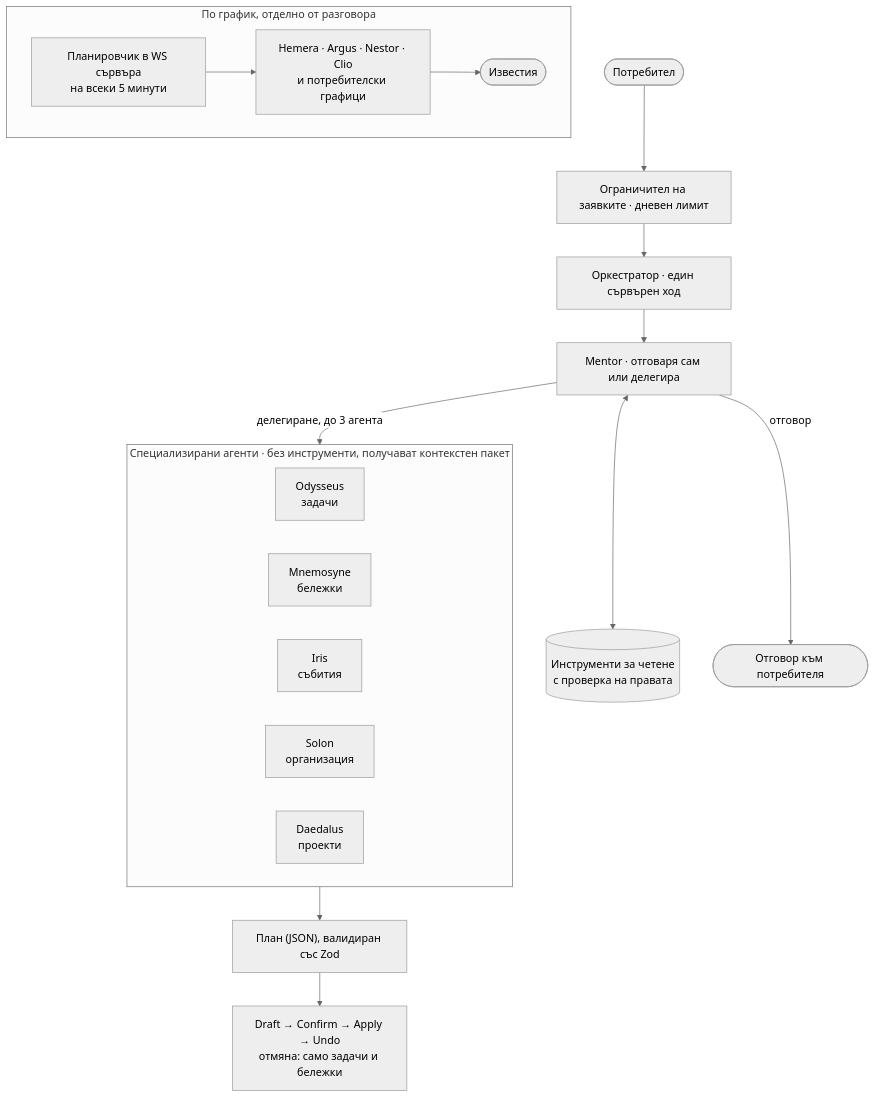
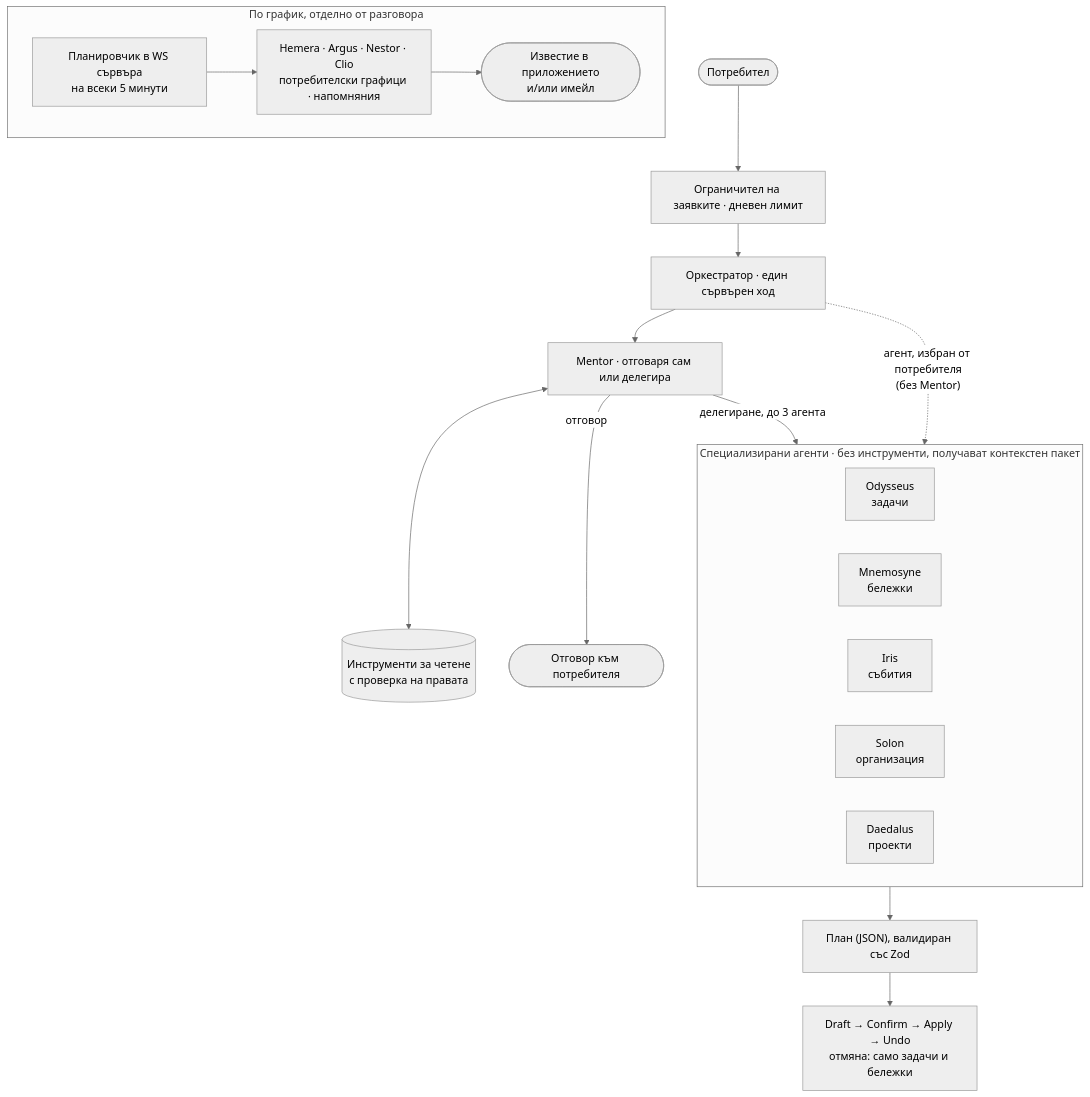
Before and after one commit to tuncheva/KAIROS: the sixth of 19 diagrams in docs/diploma/diagrams/GALLERY.md, drawn with Mermaid (neutral theme). The commit also changed other lines of this file and 68 other files, not shown here.

First line of the commit message:
fix(thesis): replace Word-drawn figures; apply approved diagram changes

````diff
--- a/docs/diploma/diagrams/GALLERY.md
+++ b/docs/diploma/diagrams/GALLERY.md
@@ -179,29 +185,30 @@
 ```mermaid
 %% Фигура 6 – Архитектура на многоагентната система
 flowchart TB
   user(["Потребител"])
   rl["Ограничител на заявките · дневен лимит"]
   orch["Оркестратор · един сървърен ход"]
   mentor["Mentor · отговаря сам или делегира"]
   tools[("Инструменти за четене<br>с проверка на правата")]
   answer(["Отговор към потребителя"])
   subgraph SPEC["Специализирани агенти · без инструменти, получават контекстен пакет"]
     direction LR
     od["Odysseus<br>задачи"]
     mn["Mnemosyne<br>бележки"]
     ir["Iris<br>събития"]
     so["Solon<br>организация"]
     da["Daedalus<br>проекти"]
   end
   plan["План (JSON), валидиран със Zod"]
   life["Draft → Confirm → Apply → Undo<br>отмяна: само задачи и бележки"]
   subgraph SCH["По график, отделно от разговора"]
     direction LR
-    tick["Планировчик в WS сървъра<br>на всеки 5 минути"] --> agents4["Hemera · Argus · Nestor · Clio<br>и потребителски графици"] --> ntf(["Известия"])
+    tick["Планировчик в WS сървъра<br>на всеки 5 минути"] --> agents4["Hemera · Argus · Nestor · Clio<br>потребителски графици · напомняния"] --> ntf(["Известие в приложението<br>и/или имейл"])
   end
   user --> rl --> orch --> mentor
   mentor <--> tools
   mentor -->|"отговор"| answer
   mentor -->|"делегиране, до 3 агента"| SPEC
+  orch -.->|"агент, избран от потребителя<br>(без Mentor)"| SPEC
   SPEC --> plan --> life
 ```
````
